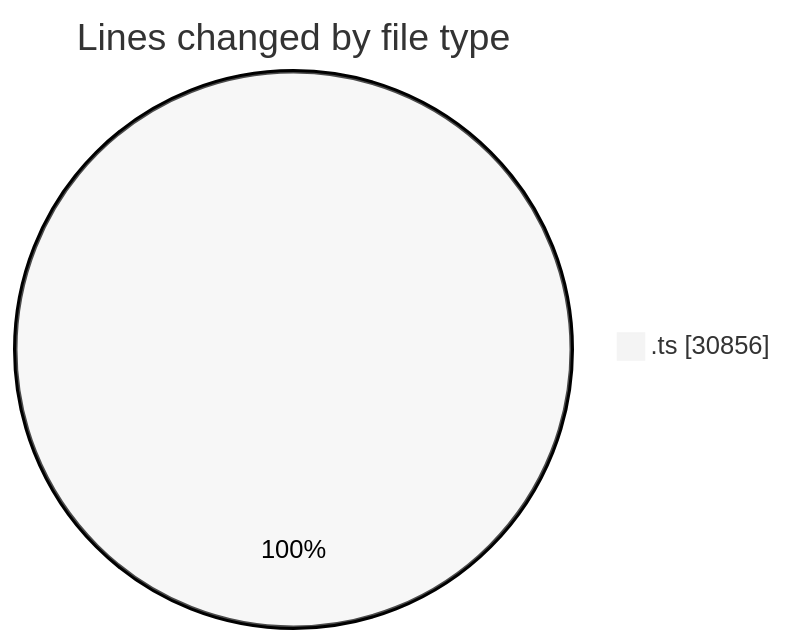
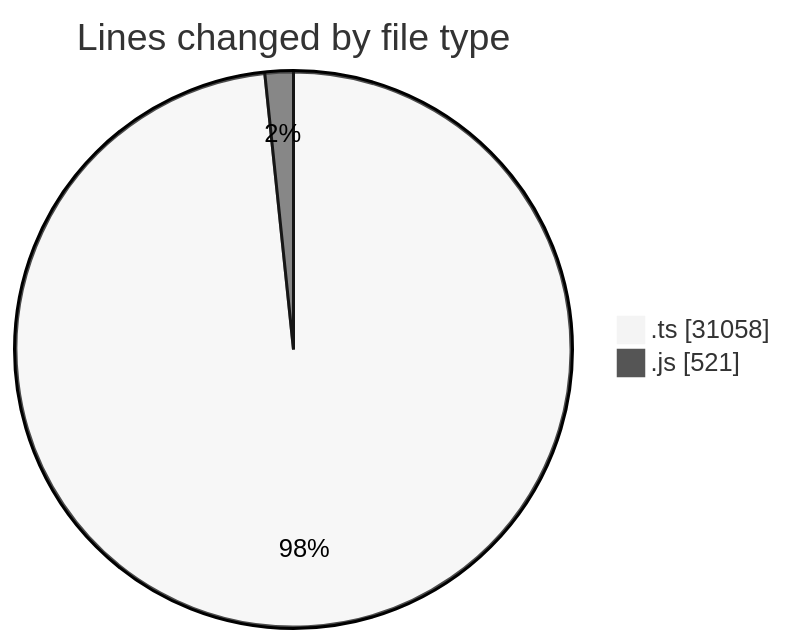
Before and after one commit to momahboobian/code-tracking: the first of 2 diagrams in 2025-07-31/cda/README.md, drawn with Mermaid (neutral theme). The commit also changed other lines of this file and 1 other file, not shown here.

````diff
--- a/2025-07-31/cda/README.md
+++ b/2025-07-31/cda/README.md
@@ -22,5 +23,6 @@
 ```mermaid
 pie showData
 title Lines changed by file type
-".ts" : 30856
+".ts" : 31058
+".js" : 521
 ```
````
